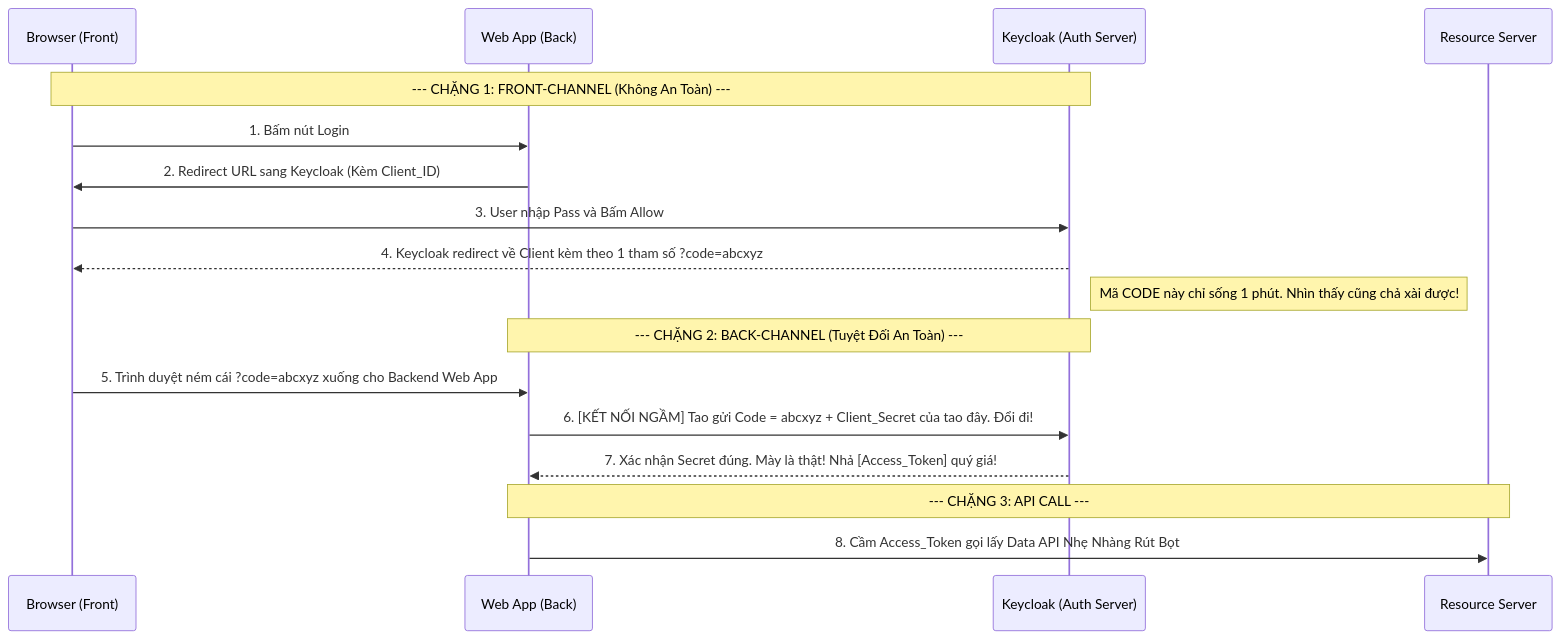
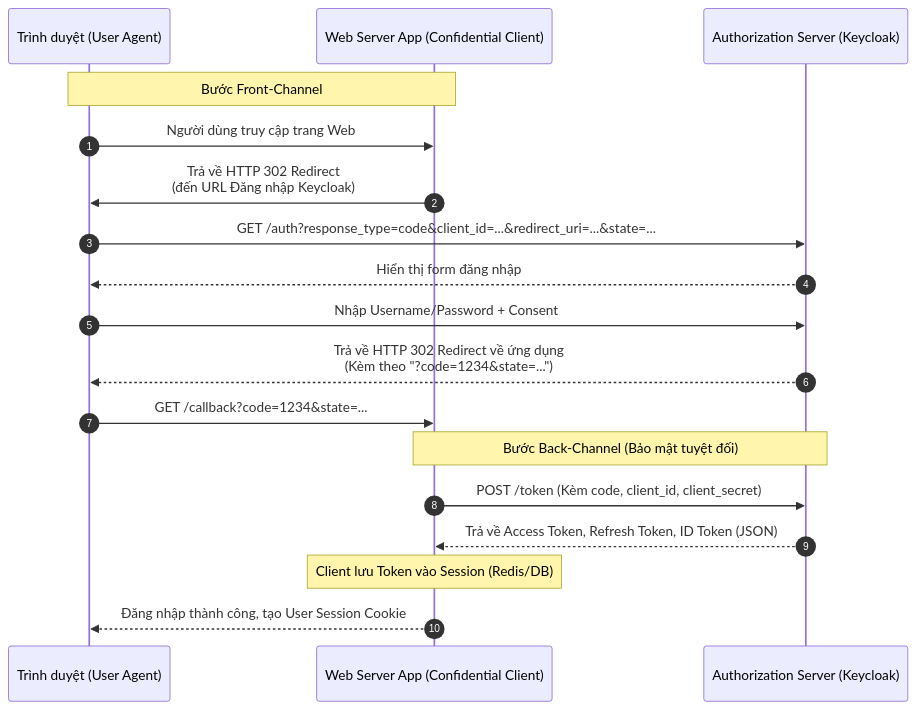
Before and after one commit to Luckyy0/keycloak: the diagram in 15-OAuth2/Module-1-Concepts/Lesson-3-Authorization-Code.md, drawn with Mermaid. The commit also changed other lines of this file and 215 other files, not shown here.

````diff
--- a/15-OAuth2/Module-1-Concepts/Lesson-3-Authorization-Code.md
+++ b/15-OAuth2/Module-1-Concepts/Lesson-3-Authorization-Code.md
@@ -26,22 +19,25 @@
 ```mermaid
 sequenceDiagram
-    participant User as Browser (Front)
-    participant Client as Web App (Back)
-    participant KC as Keycloak (Auth Server)
-    participant API as Resource Server
+    autonumber
+    participant Browser as Trình duyệt (User Agent)
+    participant Client as Web Server App (Confidential Client)
+    participant AS as Authorization Server (Keycloak)
 
-    Note over User, KC: --- CHẶNG 1: FRONT-CHANNEL (Không An Toàn) ---
-    User->>Client: 1. Bấm nút Login
-    Client->>User: 2. Redirect URL sang Keycloak (Kèm Client_ID)
-    User->>KC: 3. User nhập Pass và Bấm Allow
-    KC-->>User: 4. Keycloak redirect về Client kèm theo 1 tham số ?code=abcxyz
-    Note right of KC: Mã CODE này chỉ sống 1 phút. Nhìn thấy cũng chả xài được!
+    Note over Browser,Client: Bước Front-Channel
+    Browser->>Client: Người dùng truy cập trang Web
+    Client->>Browser: Trả về HTTP 302 Redirect <br/> (đến URL Đăng nhập Keycloak)
     
-    Note over Client, KC: --- CHẶNG 2: BACK-CHANNEL (Tuyệt Đối An Toàn) ---
-    User->>Client: 5. Trình duyệt ném cái ?code=abcxyz xuống cho Backend Web App
-    Client->>KC: 6. [KẾT NỐI NGẦM] Tao gửi Code = abcxyz + Client_Secret của tao đây. Đổi đi!
-    KC-->>Client: 7. Xác nhận Secret đúng. Mày là thật! Nhả [Access_Token] quý giá!
+    Browser->>AS: GET /auth?response_type=code&client_id=...&redirect_uri=...&state=...
+    AS-->>Browser: Hiển thị form đăng nhập
+    Browser->>AS: Nhập Username/Password + Consent
     
-    Note over Client, API: --- CHẶNG 3: API CALL ---
-    Client->>API: 8. Cầm Access_Token gọi lấy Data API Nhẹ Nhàng Rút Bọt
+    AS-->>Browser: Trả về HTTP 302 Redirect về ứng dụng <br/> (Kèm theo "?code=1234&state=...")
+    Browser->>Client: GET /callback?code=1234&state=...
+    
+    Note over Client,AS: Bước Back-Channel (Bảo mật tuyệt đối)
+    Client->>AS: POST /token (Kèm code, client_id, client_secret)
+    AS-->>Client: Trả về Access Token, Refresh Token, ID Token (JSON)
+    
+    Note over Client: Client lưu Token vào Session (Redis/DB)
+    Client-->>Browser: Đăng nhập thành công, tạo User Session Cookie
 ```
````
